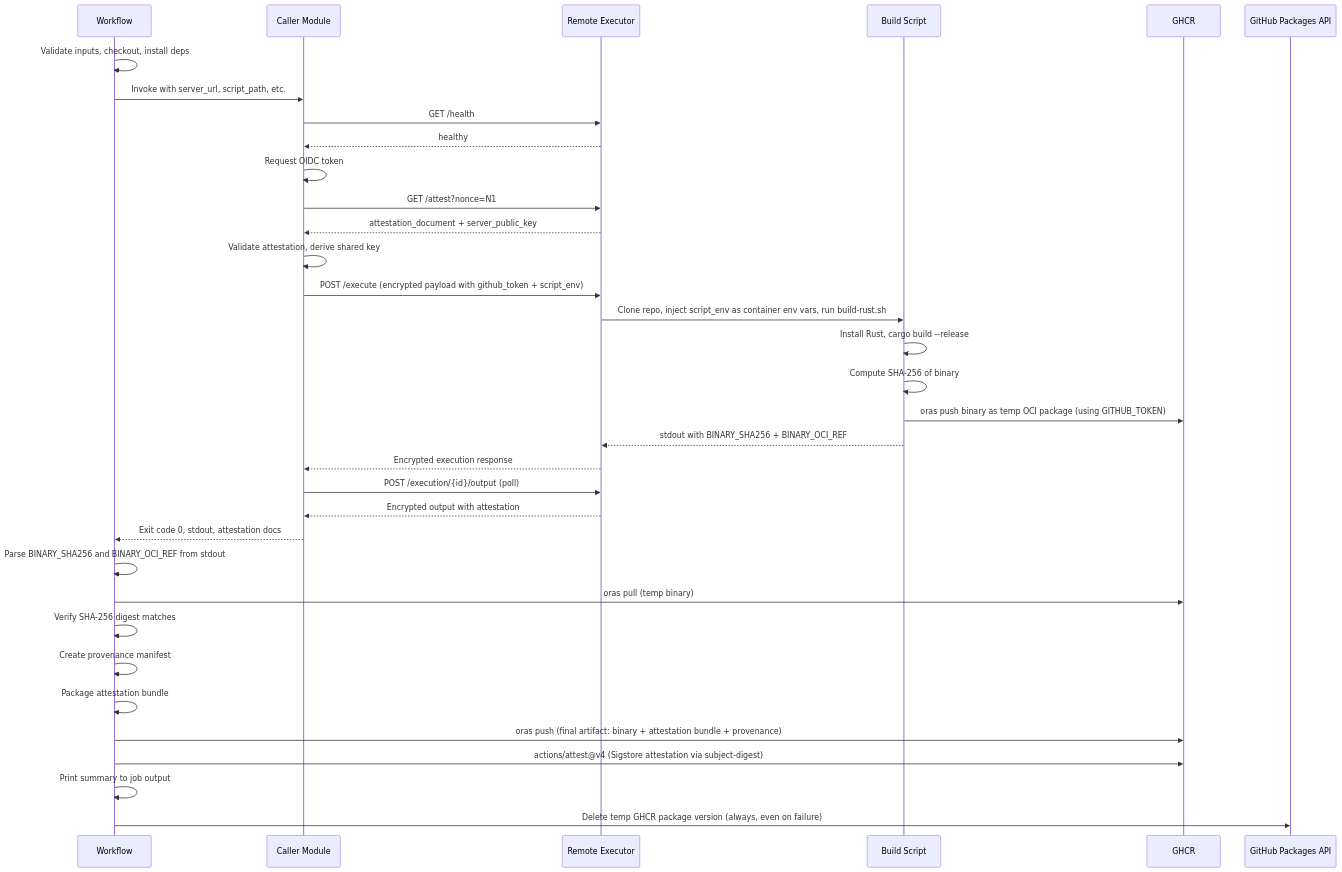
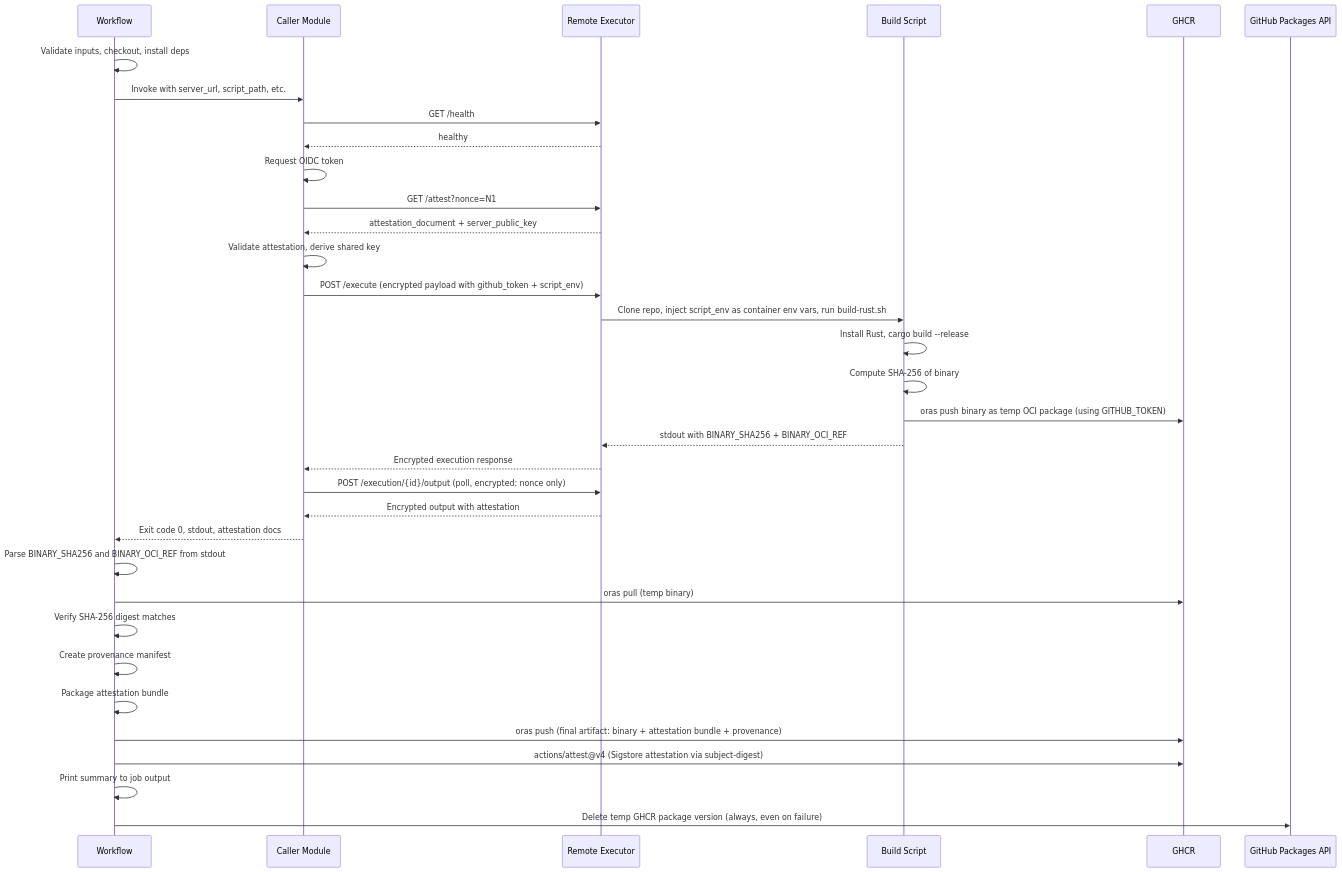
The second of 2 diagrams in .kiro/specs/rust-attestated-build/design.md (richardfan1126/github-runner-ec2-attestation-rust-build-demo), drawn with Mermaid before and after one commit. The commit also changed other lines of this file and 1 other file, not shown here.

Commit message:
spec: update design/tasks to remove OIDC token from /output endpoint

````diff
--- a/.kiro/specs/rust-attestated-build/design.md
+++ b/.kiro/specs/rust-attestated-build/design.md
@@ -69,37 +69,37 @@
 ```mermaid
 sequenceDiagram
     participant WF as Workflow
     participant CALLER as Caller Module
     participant RE as Remote Executor
     participant BS as Build Script
     participant GHCR as GHCR
     participant GH_API as GitHub Packages API
 
     WF->>WF: Validate inputs, checkout, install deps
     WF->>CALLER: Invoke with server_url, script_path, etc.
     CALLER->>RE: GET /health
     RE-->>CALLER: healthy
     CALLER->>CALLER: Request OIDC token
     CALLER->>RE: GET /attest?nonce=N1
     RE-->>CALLER: attestation_document + server_public_key
     CALLER->>CALLER: Validate attestation, derive shared key
     CALLER->>RE: POST /execute (encrypted payload with github_token + script_env)
     RE->>BS: Clone repo, inject script_env as container env vars, run build-rust.sh
     BS->>BS: Install Rust, cargo build --release
     BS->>BS: Compute SHA-256 of binary
     BS->>GHCR: oras push binary as temp OCI package (using GITHUB_TOKEN)
     BS-->>RE: stdout with BINARY_SHA256 + BINARY_OCI_REF
     RE-->>CALLER: Encrypted execution response
-    CALLER->>RE: POST /execution/{id}/output (poll)
+    CALLER->>RE: POST /execution/{id}/output (poll, encrypted: nonce only)
     RE-->>CALLER: Encrypted output with attestation
     CALLER-->>WF: Exit code 0, stdout, attestation docs
     WF->>WF: Parse BINARY_SHA256 and BINARY_OCI_REF from stdout
     WF->>GHCR: oras pull (temp binary)
     WF->>WF: Verify SHA-256 digest matches
     WF->>WF: Create provenance manifest
     WF->>WF: Package attestation bundle
     WF->>GHCR: oras push (final artifact: binary + attestation bundle + provenance)
     WF->>GHCR: actions/attest@v4 (Sigstore attestation via subject-digest)
     WF->>WF: Print summary to job output
     WF->>GH_API: Delete temp GHCR package version (always, even on failure)
 ```
````
